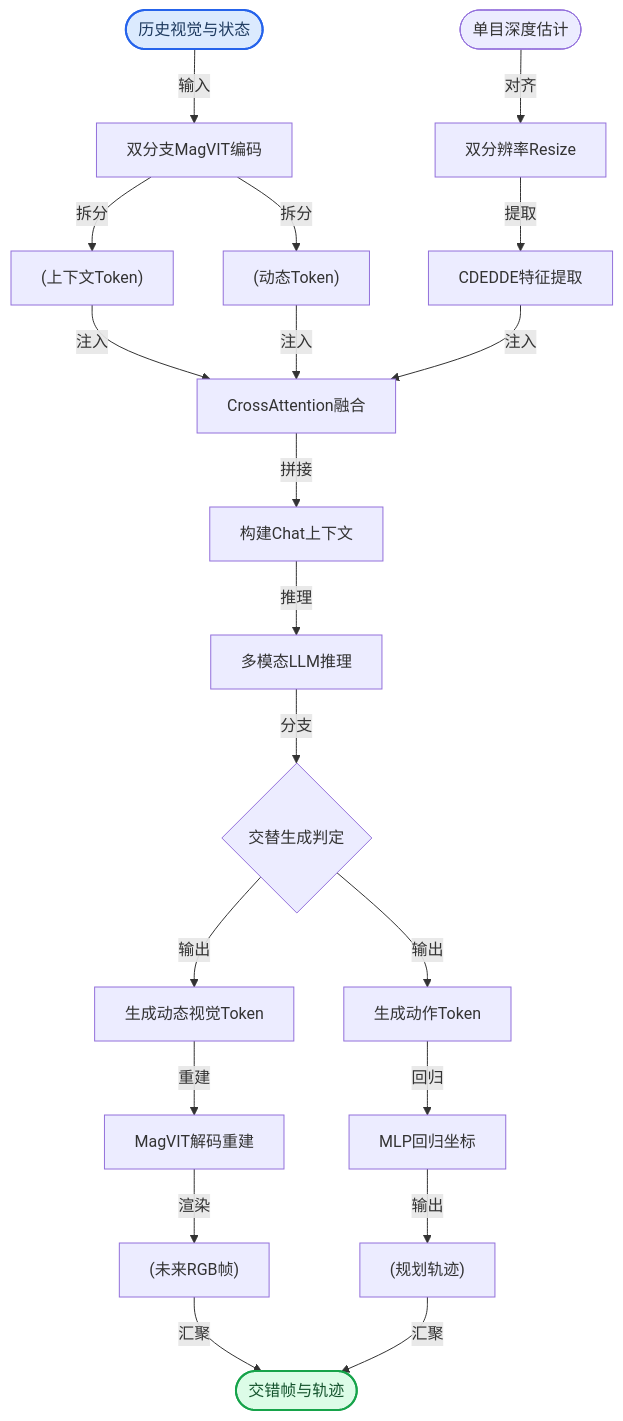
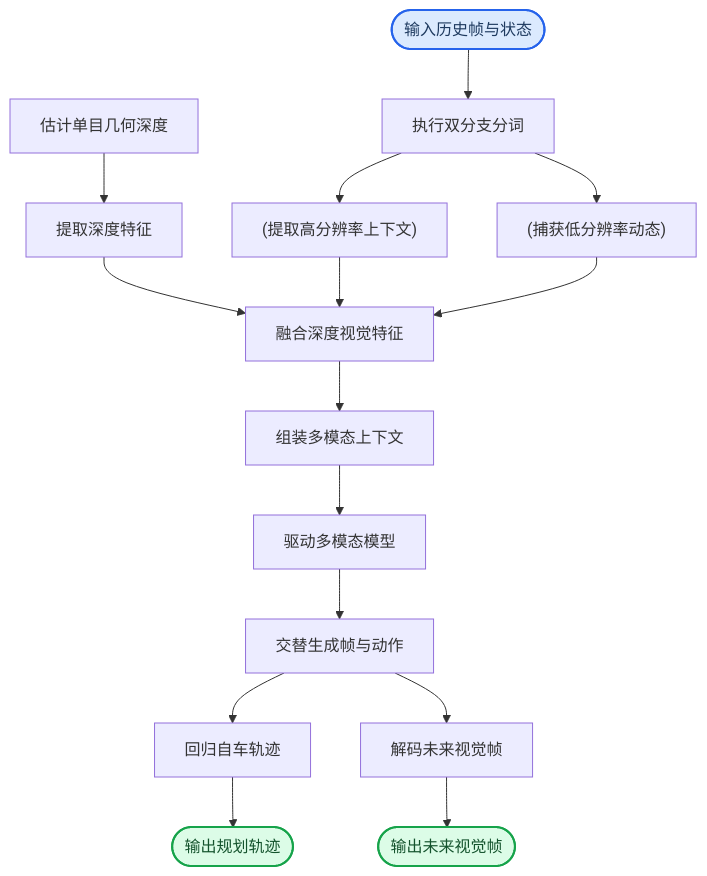
One commit to ShinewineW/paper-rolling changed the third of 10 diagrams in person_vault/2026-06-13_UniWorldVLAInterleavedWorldModelingAndPlanningForAD_2603.27287/report.md. Above: the diagram before and after it, drawn with Mermaid. The commit also changed other lines of this file and 5 other files, not shown here.

````diff
--- a/person_vault/2026-06-13_UniWorldVLAInterleavedWorldModelingAndPlanningForAD_2603.27287/report.md
+++ b/person_vault/2026-06-13_UniWorldVLAInterleavedWorldModelingAndPlanningForAD_2603.27287/report.md
@@ -131,28 +187,36 @@
 ```mermaid
 flowchart TB
-    start(["历史视觉与状态"]) -->|输入| encode["双分支MagVIT编码"]
-    encode -->|拆分| ctx_tok["(上下文Token)"]
-    encode -->|拆分| dyn_tok["(动态Token)"]
-    depth(["单目深度估计"]) -->|对齐| resize["双分辨率Resize"]
-    resize -->|提取| cde_dde["CDEDDE特征提取"]
-    ctx_tok -->|注入| fuse["CrossAttention融合"]
-    dyn_tok -->|注入| fuse
-    cde_dde -->|注入| fuse
-    fuse -->|拼接| context["构建Chat上下文"]
-    context -->|推理| llm["多模态LLM推理"]
-    llm -->|分支| loop{交替生成判定}
-    loop -->|输出| gen_dyn["生成动态视觉Token"]
-    loop -->|输出| gen_act["生成动作Token"]
-    gen_dyn -->|重建| decode["MagVIT解码重建"]
-    decode -->|渲染| frames["(未来RGB帧)"]
-    gen_act -->|回归| mlp["MLP回归坐标"]
-    mlp -->|输出| traj["(规划轨迹)"]
-    frames -->|汇聚| end_node(["交错帧与轨迹"])
-    traj -->|汇聚| end_node
+  start(["输入历史帧与状态"]):::required
+  tokenizer["执行双分支分词"]
+  ctx_data["(提取高分辨率上下文)"]
+  dyn_data["(捕获低分辨率动态)"]
+  depth["估计单目几何深度"]
+  depth_feat["提取深度特征"]
+  fusion["融合深度视觉特征"]
+  context["组装多模态上下文"]
+  llm["驱动多模态模型"]
+  loop["交替生成帧与动作"]
+  traj["回归自车轨迹"]
+  decoder["解码未来视觉帧"]
+  out_traj(["输出规划轨迹"]):::output
+  out_vis(["输出未来视觉帧"]):::output
 
-    classDef required fill:#dbeafe,stroke:#2563eb,stroke-width:2px,color:#1e3a5f
-    classDef output fill:#dcfce7,stroke:#16a34a,stroke-width:2px,color:#14532d
-    classDef optional fill:#fef9c3,stroke:#ca8a04,stroke-width:2px,color:#713f12
-    class start required
-    class end_node output
+  start --> tokenizer
+  tokenizer --> ctx_data
+  tokenizer --> dyn_data
+  depth --> depth_feat
+  depth_feat --> fusion
+  ctx_data --> fusion
+  dyn_data --> fusion
+  fusion --> context
+  context --> llm
+  llm --> loop
+  loop --> traj
+  loop --> decoder
+  traj --> out_traj
+  decoder --> out_vis
+
+  classDef required fill:#dbeafe,stroke:#2563eb,stroke-width:2px,color:#1e3a5f
+  classDef output fill:#dcfce7,stroke:#16a34a,stroke-width:2px,color:#14532d
+  classDef optional fill:#fef9c3,stroke:#ca8a04,stroke-width:2px,color:#713f12
 ```
````
